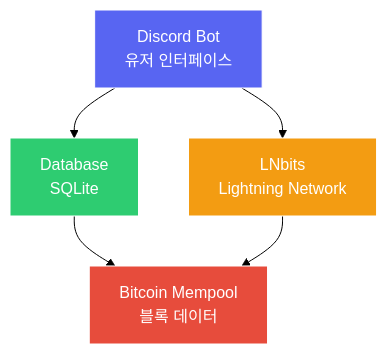
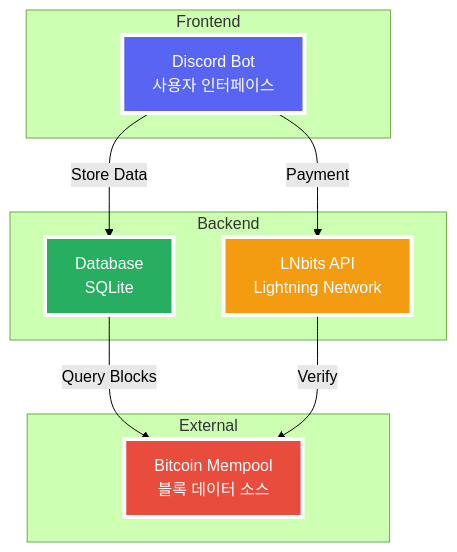
Before and after one commit to zzeongzi/lemon-lotto: the fifth of 18 diagrams in WHITEPAPER.md, drawn with Mermaid (forest theme). The commit also changed other lines of this file, not shown here.

```diff
--- a/WHITEPAPER.md
+++ b/WHITEPAPER.md
@@ -401,12 +636,25 @@
                 <div class="mermaid">
-                    graph TD
-                        A[Discord Bot<br/>유저 인터페이스] --> B[Database<br/>SQLite]
-                        A --> C[LNbits<br/>Lightning Network]
-                        B --> D[Bitcoin Mempool<br/>블록 데이터]
-                        C --> D
+                    graph TB
+                        subgraph Frontend
+                            A[Discord Bot<br/>사용자 인터페이스]
+                        end
                         
-                        style A fill:#5865F2,stroke:#fff,color:#fff
-                        style B fill:#2ecc71,stroke:#fff,color:#fff
-                        style C fill:#f39c12,stroke:#fff,color:#fff
-                        style D fill:#e74c3c,stroke:#fff,color:#fff
+                        subgraph Backend
+                            B[Database<br/>SQLite]
+                            C[LNbits API<br/>Lightning Network]
+                        end
+                        
+                        subgraph External
+                            D[Bitcoin Mempool<br/>블록 데이터 소스]
+                        end
+                        
+                        A -->|Store Data| B
+                        A -->|Payment| C
+                        B -->|Query Blocks| D
+                        C -->|Verify| D
+                        
+                        style A fill:#5865F2,stroke:#fff,color:#fff,stroke-width:4px
+                        style B fill:#27ae60,stroke:#fff,color:#fff,stroke-width:4px
+                        style C fill:#f39c12,stroke:#fff,color:#fff,stroke-width:4px
+                        style D fill:#e74c3c,stroke:#fff,color:#fff,stroke-width:4px
                 </div>
```
